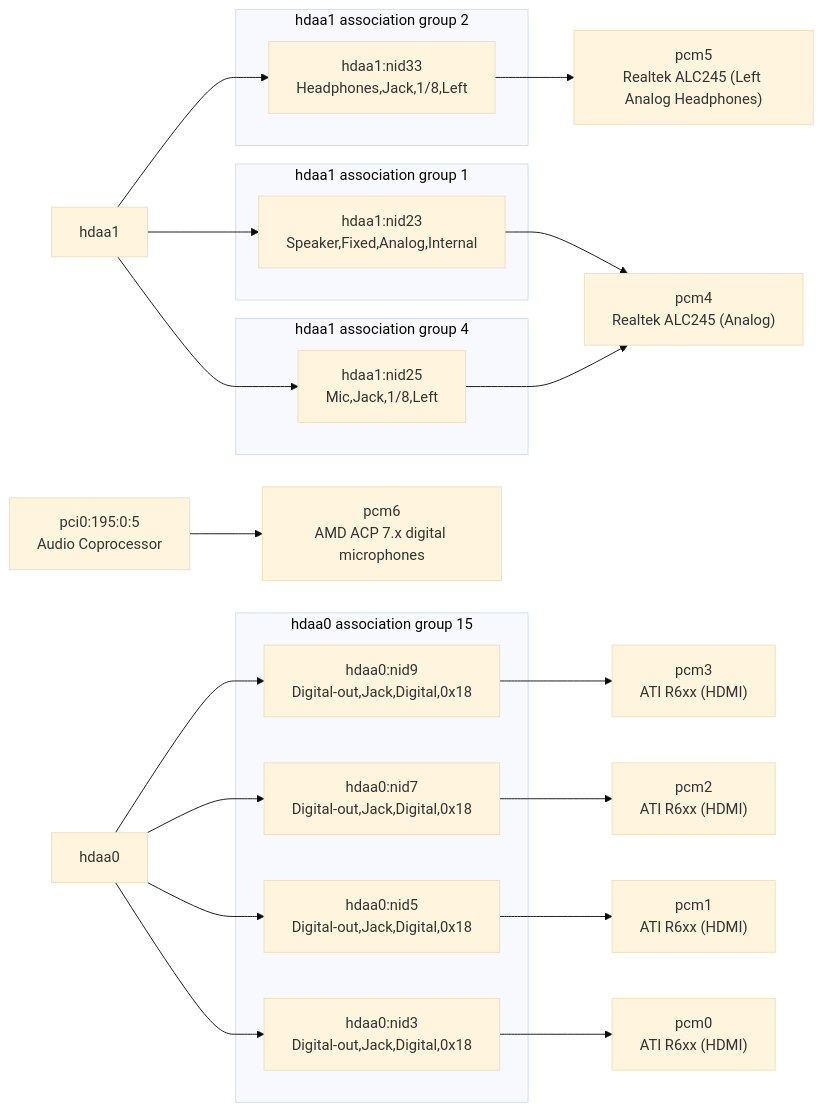
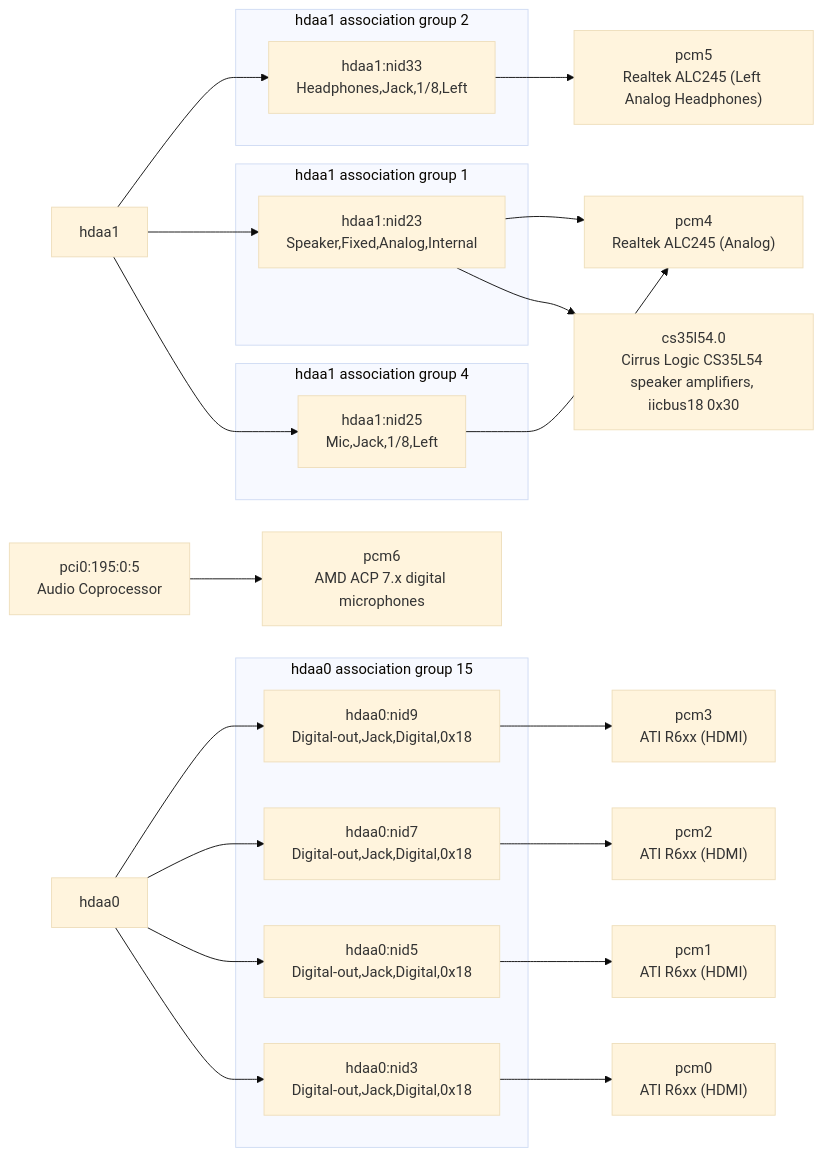
The diagram in FreeBSD/soundsetup.md (ocochard/myscripts), drawn with Mermaid (base theme) before and after one commit. The commit also changed other lines of this file and 2 other files, not shown here.

First line of the commit message:
FreeBSD/hdaa2dot: show the smart speaker amplifiers behind the codec

````diff
--- a/FreeBSD/soundsetup.md
+++ b/FreeBSD/soundsetup.md
@@ -5,33 +5,34 @@
 ```mermaid
 flowchart LR
   subgraph as_1_2 ["hdaa1 association group 2"]
     hdaa1_nid33["hdaa1:nid33<br/>Headphones,Jack,1/8,Left"]
   end
   subgraph as_1_1 ["hdaa1 association group 1"]
     hdaa1_nid23["hdaa1:nid23<br/>Speaker,Fixed,Analog,Internal"]
   end
   subgraph as_1_4 ["hdaa1 association group 4"]
     hdaa1_nid25["hdaa1:nid25<br/>Mic,Jack,1/8,Left"]
   end
   subgraph as_0_15 ["hdaa0 association group 15"]
     hdaa0_nid9["hdaa0:nid9<br/>Digital-out,Jack,Digital,0x18"]
     hdaa0_nid7["hdaa0:nid7<br/>Digital-out,Jack,Digital,0x18"]
     hdaa0_nid5["hdaa0:nid5<br/>Digital-out,Jack,Digital,0x18"]
     hdaa0_nid3["hdaa0:nid3<br/>Digital-out,Jack,Digital,0x18"]
   end
   pci0_195_0_5["pci0:195:0:5<br/>Audio Coprocessor"] --> pcm6["pcm6<br/>AMD ACP 7.x digital microphones"]
   hdaa1["hdaa1"] --> hdaa1_nid33["hdaa1:nid33<br/>Headphones,Jack,1/8,Left"]
   hdaa1_nid33["hdaa1:nid33<br/>Headphones,Jack,1/8,Left"] --> pcm5["pcm5<br/>Realtek ALC245 (Left Analog Headphones)"]
   hdaa1["hdaa1"] --> hdaa1_nid23["hdaa1:nid23<br/>Speaker,Fixed,Analog,Internal"]
   hdaa1_nid23["hdaa1:nid23<br/>Speaker,Fixed,Analog,Internal"] --> pcm4["pcm4<br/>Realtek ALC245 (Analog)"]
   hdaa1["hdaa1"] --> hdaa1_nid25["hdaa1:nid25<br/>Mic,Jack,1/8,Left"]
   hdaa1_nid25["hdaa1:nid25<br/>Mic,Jack,1/8,Left"] --> pcm4["pcm4<br/>Realtek ALC245 (Analog)"]
   hdaa0["hdaa0"] --> hdaa0_nid9["hdaa0:nid9<br/>Digital-out,Jack,Digital,0x18"]
   hdaa0_nid9["hdaa0:nid9<br/>Digital-out,Jack,Digital,0x18"] --> pcm3["pcm3<br/>ATI R6xx (HDMI)"]
   hdaa0["hdaa0"] --> hdaa0_nid7["hdaa0:nid7<br/>Digital-out,Jack,Digital,0x18"]
   hdaa0_nid7["hdaa0:nid7<br/>Digital-out,Jack,Digital,0x18"] --> pcm2["pcm2<br/>ATI R6xx (HDMI)"]
   hdaa0["hdaa0"] --> hdaa0_nid5["hdaa0:nid5<br/>Digital-out,Jack,Digital,0x18"]
   hdaa0_nid5["hdaa0:nid5<br/>Digital-out,Jack,Digital,0x18"] --> pcm1["pcm1<br/>ATI R6xx (HDMI)"]
   hdaa0["hdaa0"] --> hdaa0_nid3["hdaa0:nid3<br/>Digital-out,Jack,Digital,0x18"]
   hdaa0_nid3["hdaa0:nid3<br/>Digital-out,Jack,Digital,0x18"] --> pcm0["pcm0<br/>ATI R6xx (HDMI)"]
+  hdaa1_nid23["hdaa1:nid23<br/>Speaker,Fixed,Analog,Internal"] --> cs35l54_0["cs35l54.0<br/>Cirrus Logic CS35L54 speaker amplifiers, iicbus18 0x30"]
 ```
````
